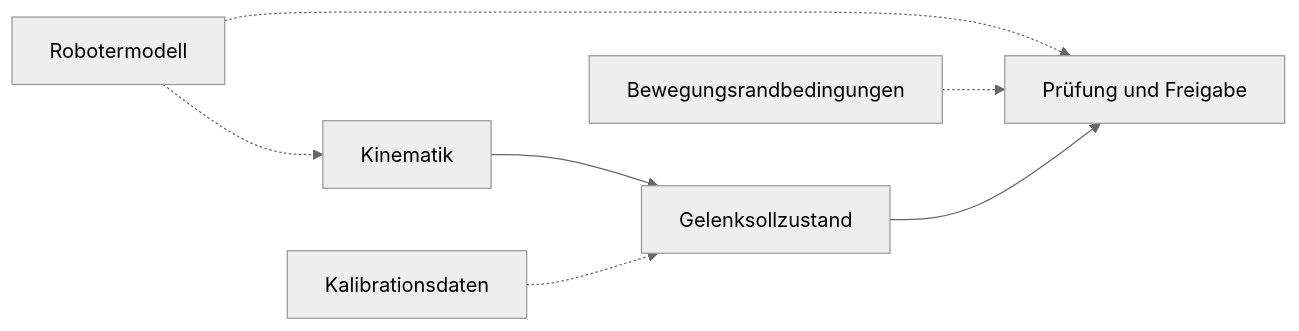
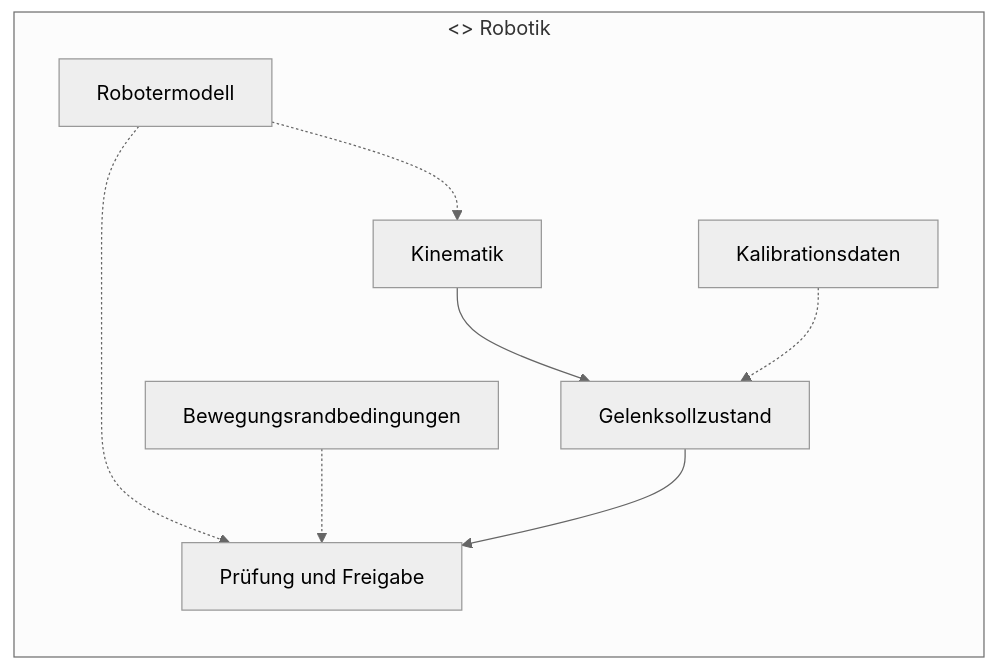
One commit to butz1999/inverse_kinematik changed the fourth of 5 diagrams in doc/projektbeschreibung.md. Above: the diagram before and after it, drawn with Mermaid (neutral theme). The commit also changed other lines of this file, not shown here.

Commit message:
Applikationskomponente reiviwed und geändert

````diff
--- a/doc/projektbeschreibung.md
+++ b/doc/projektbeschreibung.md
@@ -383,16 +391,18 @@
 ```mermaid
 flowchart LR
-    C1[Kinematik]
-    C2[Prüfung und Freigabe]
-    C3[Robotermodell]
-    C4[Kalibrationsdaten]
-    C5[Bewegungsrandbedingungen]
-    C6[Gelenksollzustand]
+    subgraph ROB["<<component>> Robotik"]
+        C1[Kinematik]
+        C2[Prüfung und Freigabe]
+        C3[Robotermodell]
+        C4[Kalibrationsdaten]
+        C5[Bewegungsrandbedingungen]
+        C6[Gelenksollzustand]
 
-    C3 -.-> C1
-    C3 -.-> C2
-    C5 -.-> C2
-    C1 --> C6
-    C6 --> C2
-    C4 -.-> C6
+        C3 -.-> C1
+        C3 -.-> C2
+        C5 -.-> C2
+        C1 --> C6
+        C6 --> C2
+        C4 -.-> C6
+    end
 ```
````
